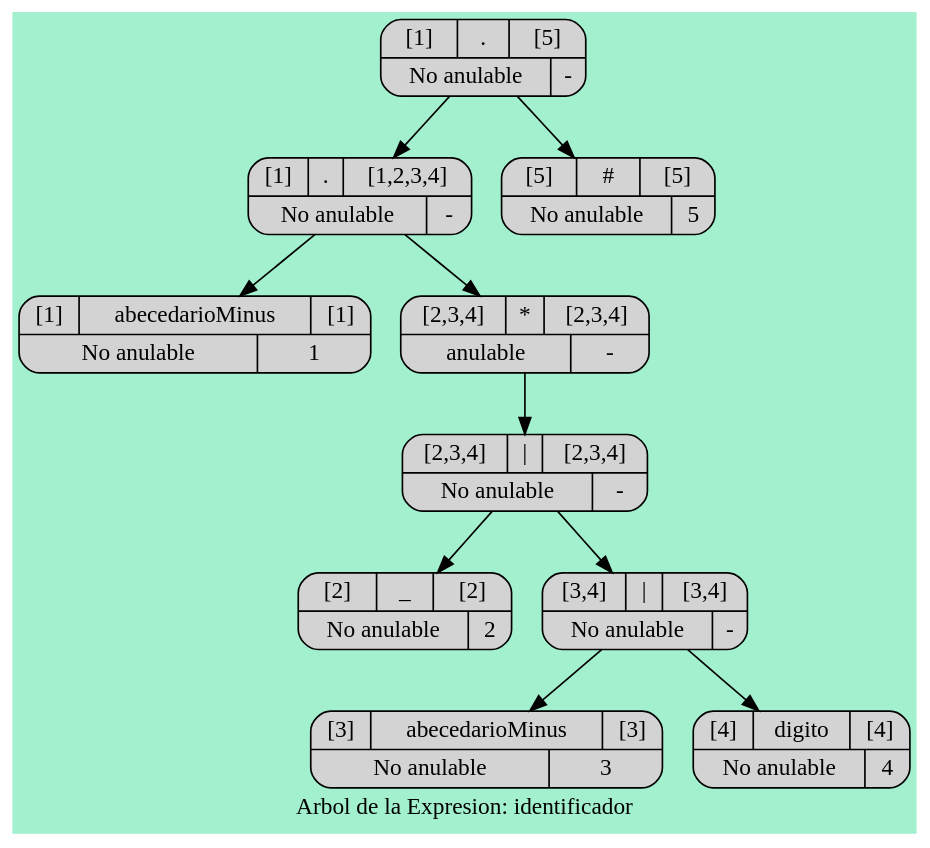
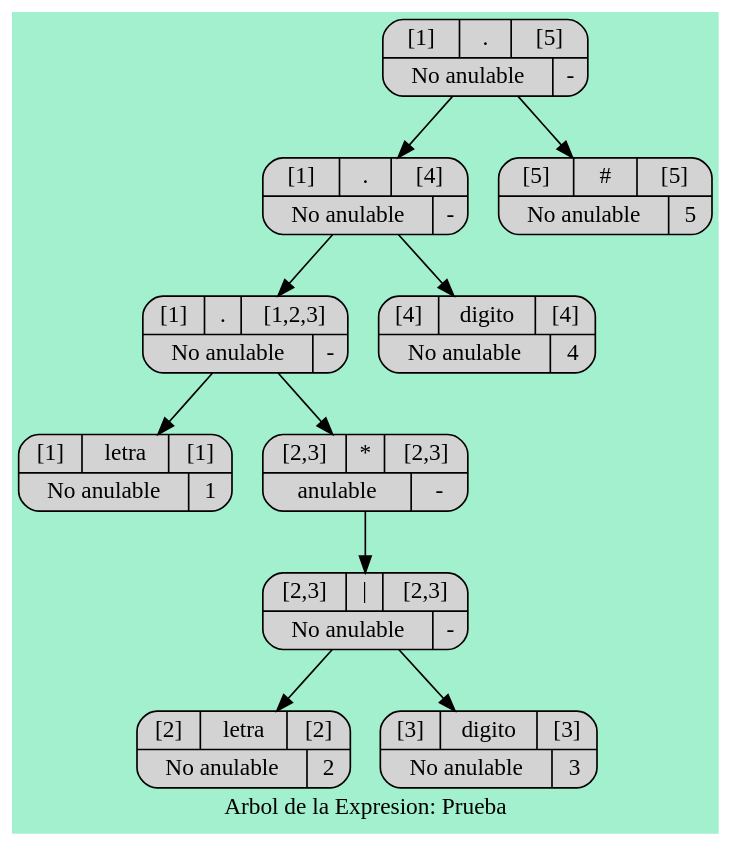
Before and after one commit to walterjav19/OLC1_202111718_Proyecto1: the diagram in src/main/java/Graphviz/Arbol_Sintactico1.dot, drawn with Graphviz. The commit also changed 50 other files, not shown here.

```diff
--- a/src/main/java/Graphviz/Arbol_Sintactico1.dot
+++ b/src/main/java/Graphviz/Arbol_Sintactico1.dot
@@ -1,25 +1,25 @@
 digraph Arbol_Sintactico{
   bgcolor = "#A3F0CF"
 node [shape=Mrecord style =filled];
-label ="Arbol de la Expresion: identificador"node0[label="{{[1]|.|[5]}|{No anulable|-}}"];
+label ="Arbol de la Expresion: Prueba"node0[label="{{[1]|.|[5]}|{No anulable|-}}"];
 node0 -> node00
-node00[label="{{[1]|.|[1,2,3,4]}|{No anulable|-}}"];
+node00[label="{{[1]|.|[4]}|{No anulable|-}}"];
 node00 -> node000
-node000[label="{{[1]|abecedarioMinus|[1]}|{No anulable|1}}"];
+node000[label="{{[1]|.|[1,2,3]}|{No anulable|-}}"];
+node000 -> node0000
+node0000[label="{{[1]|letra|[1]}|{No anulable|1}}"];
+node000 -> node0001
+node0001[label="{{[2,3]|*|[2,3]}|{anulable|-}}"];
+node0001 -> node00010
+node00010[label="{{[2,3]|\||[2,3]}|{No anulable|-}}"];
+node00010 -> node000100
+node000100[label="{{[2]|letra|[2]}|{No anulable|2}}"];
+node00010 -> node000101
+node000101[label="{{[3]|digito|[3]}|{No anulable|3}}"];
 node00 -> node001
-node001[label="{{[2,3,4]|*|[2,3,4]}|{anulable|-}}"];
-node001 -> node0010
-node0010[label="{{[2,3,4]|\||[2,3,4]}|{No anulable|-}}"];
-node0010 -> node00100
-node00100[label="{{[2]|_|[2]}|{No anulable|2}}"];
-node0010 -> node00101
-node00101[label="{{[3,4]|\||[3,4]}|{No anulable|-}}"];
-node00101 -> node001010
-node001010[label="{{[3]|abecedarioMinus|[3]}|{No anulable|3}}"];
-node00101 -> node001011
-node001011[label="{{[4]|digito|[4]}|{No anulable|4}}"];
+node001[label="{{[4]|digito|[4]}|{No anulable|4}}"];
 node0 -> node01
 node01[label="{{[5]|#|[5]}|{No anulable|5}}"];
 
 
 }
```
